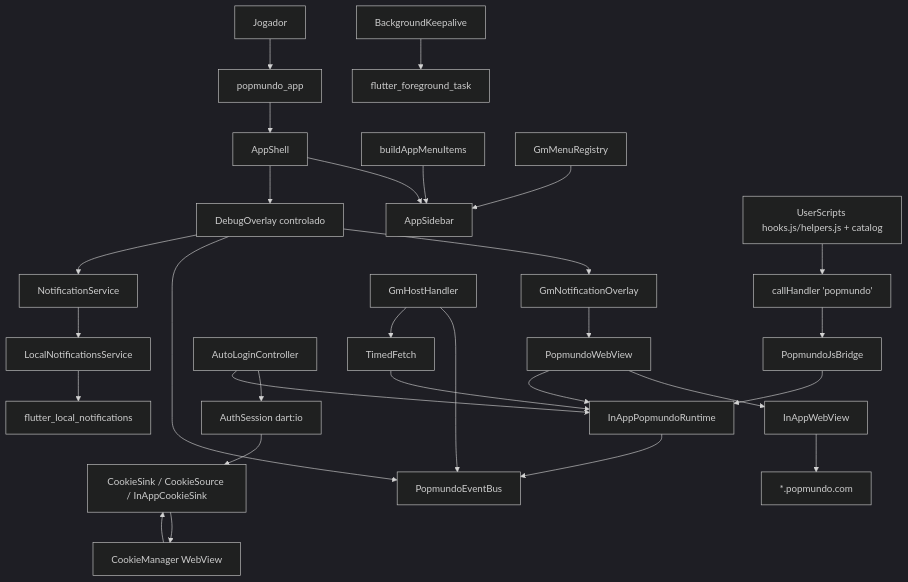
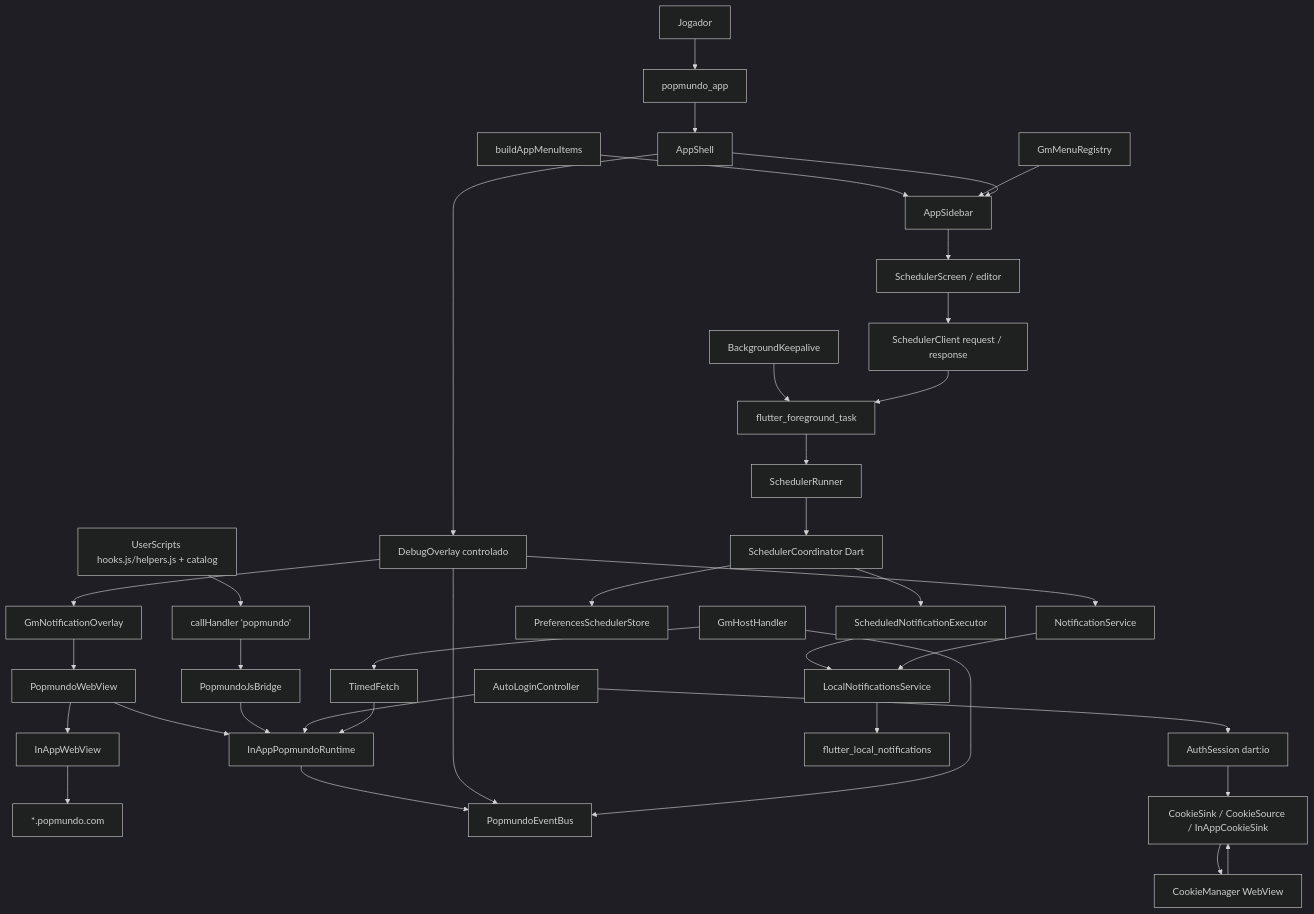
The diagram in docs/ARQUITETURA.md (wellbritto98/popflutter), drawn with Mermaid (dark theme) before and after one commit. The commit also changed other lines of this file and 35 other files, not shown here.

````diff
--- a/docs/ARQUITETURA.md
+++ b/docs/ARQUITETURA.md
@@ -30,31 +31,39 @@
 ```mermaid
 graph TD
   Player[Jogador] --> App[popmundo_app]
   App --> Shell[AppShell]
   Registry[buildAppMenuItems] --> Sidebar[AppSidebar]
   GmReg[GmMenuRegistry] --> Sidebar
   Shell --> Sidebar
   Shell --> Overlay[DebugOverlay controlado]
   Overlay --> GmNotif[GmNotificationOverlay]
   GmNotif --> Widget[PopmundoWebView]
   Widget --> WV[InAppWebView]
   WV --> Site["*.popmundo.com"]
   Widget --> Runtime[InAppPopmundoRuntime]
   Hooks[UserScripts hooks.js/helpers.js + catalog] --> Handler["callHandler 'popmundo'"]
   Handler --> Bridge[PopmundoJsBridge]
   Bridge --> Runtime
   Runtime --> Bus[PopmundoEventBus]
   Overlay --> Bus
   AutoLogin[AutoLoginController] --> Auth[AuthSession dart:io]
   Auth --> CookieSink[CookieSink / CookieSource / InAppCookieSink]
   CookieSink --> CookieMgr[CookieManager WebView]
   CookieMgr --> CookieSink
   AutoLogin --> Runtime
   GmHost[GmHostHandler] --> Bus
   GmHost --> TimedFetch
   TimedFetch --> Runtime
   Keepalive[BackgroundKeepalive] --> FGS[flutter_foreground_task]
+  Sidebar --> ScheduleUI[SchedulerScreen / editor]
+  ScheduleUI --> Client[SchedulerClient request / response]
+  Client --> FGS
+  FGS --> Runner[SchedulerRunner]
+  Runner --> Coordinator[SchedulerCoordinator Dart]
+  Coordinator --> Store[PreferencesSchedulerStore]
+  Coordinator --> Action[ScheduledNotificationExecutor]
+  Action --> LocalNotif
   Overlay --> NotifSvc[NotificationService]
   NotifSvc --> LocalNotif[LocalNotificationsService]
   LocalNotif --> FLN[flutter_local_notifications]
 ```
````
